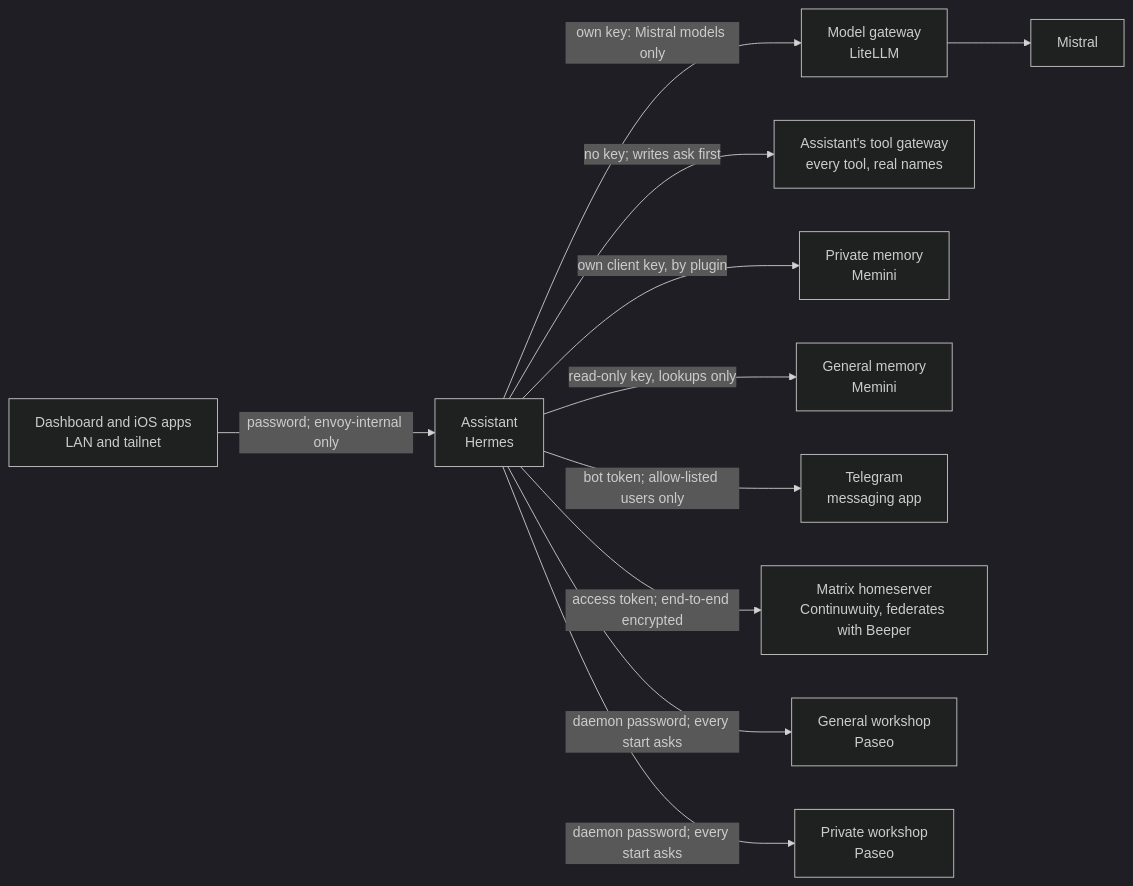
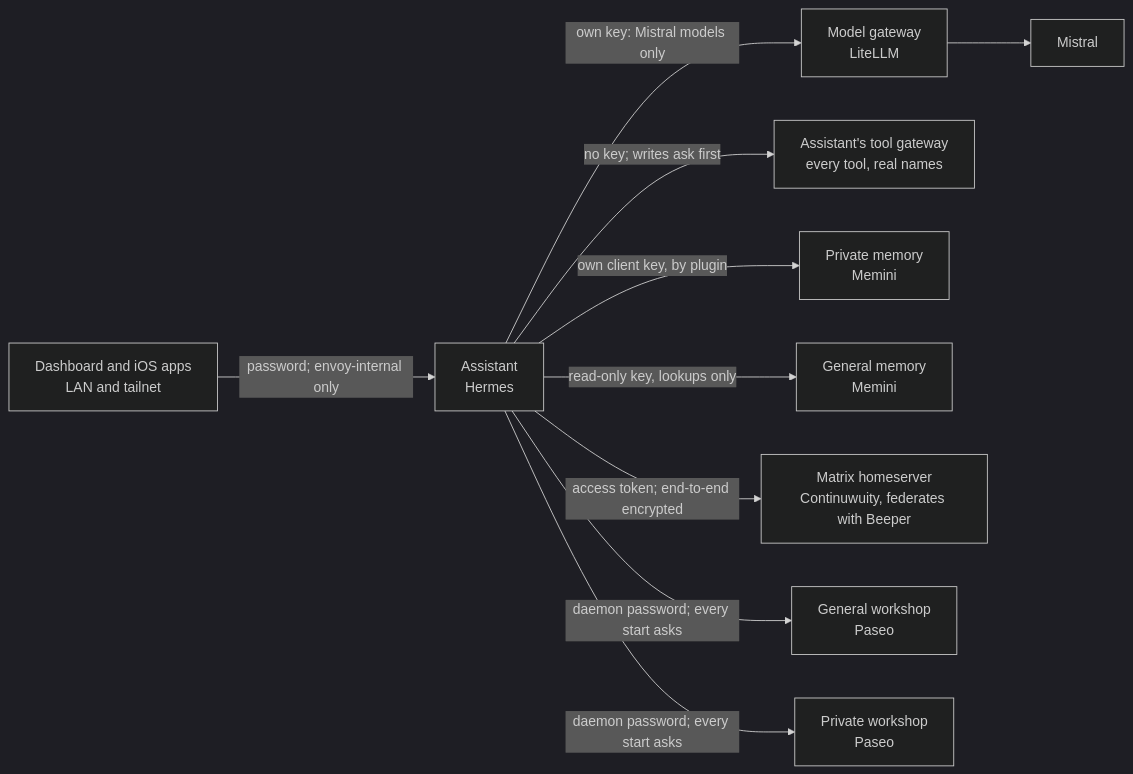
Before and after one commit to h-wb/home-ops: the first of 6 diagrams in kubernetes/apps/main/llm/docs/wiring.md, drawn with Mermaid (dark theme). The commit also changed other lines of this file and 10 other files, not shown here.

````diff
--- a/kubernetes/apps/main/llm/docs/wiring.md
+++ b/kubernetes/apps/main/llm/docs/wiring.md
@@ -45,24 +45,22 @@
 ```mermaid
 flowchart LR
     A["Assistant<br/>Hermes"]:::private
     L["Model gateway<br/>LiteLLM"]:::shared
     MI["Mistral"]:::outside
     T["Assistant's tool gateway<br/>every tool, real names"]:::private
     M["Private memory<br/>Memini"]:::private
     G["General memory<br/>Memini"]:::general
-    TG["Telegram<br/>messaging app"]:::outside
     MX["Matrix homeserver<br/>Continuwuity, federates with Beeper"]:::private
     D["Dashboard and iOS apps<br/>LAN and tailnet"]:::private
     GW["General workshop<br/>Paseo"]:::general
     PW["Private workshop<br/>Paseo"]:::private
     A -->|"own key: Mistral models only"| L
     L --> MI
     A -->|"no key; writes ask first"| T
     A -->|"own client key, by plugin"| M
     A -->|"read-only key, lookups only"| G
-    A -->|"bot token; allow-listed users only"| TG
     A -->|"access token; end-to-end encrypted"| MX
     D -->|"password; envoy-internal only"| A
     A -->|"daemon password; every start asks"| GW
     A -->|"daemon password; every start asks"| PW
 ```
````
